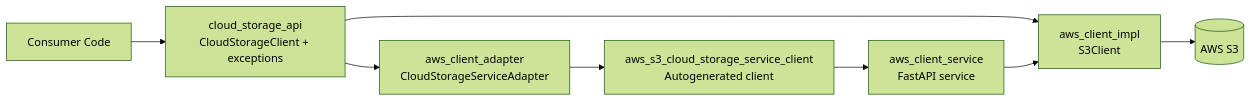
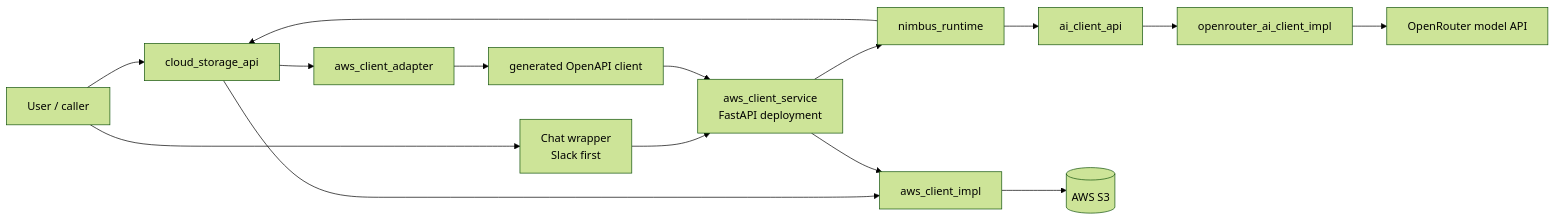
Before and after one commit to 2SpaceMasterRace/nimbus: the first of 3 diagrams in DESIGN.md, drawn with Mermaid (forest theme). The commit also changed other lines of this file and 218 other files, not shown here.

````diff
--- a/DESIGN.md
+++ b/DESIGN.md
@@ -33,18 +70,30 @@
 ```mermaid
 flowchart LR
-    User[Consumer Code]
-    API[cloud_storage_api\nCloudStorageClient + exceptions]
-    Local[aws_client_impl\nS3Client]
-    Adapter[aws_client_adapter\nCloudStorageServiceAdapter]
-    Generated[aws_s3_cloud_storage_service_client\nAutogenerated client]
-    Service[aws_client_service\nFastAPI service]
-    S3[(AWS S3)]
+    User["User / caller"]
+    Chat["Chat wrapper<br/>Slack first"]
+    Service["aws_client_service<br/>FastAPI deployment"]
+    StorageAPI["cloud_storage_api"]
+    AIAPI["ai_client_api"]
+    Runtime["nimbus_runtime"]
+    Adapter["aws_client_adapter"]
+    Generated["generated OpenAPI client"]
+    S3Impl["aws_client_impl"]
+    OpenRouter["openrouter_ai_client_impl"]
+    S3[("AWS S3")]
+    Model["OpenRouter model API"]
 
-    User --> API
-    API --> Local
-    API --> Adapter
+    User --> StorageAPI
+    User --> Chat
+    Chat --> Service
+    Service --> Runtime
+    Runtime --> AIAPI
+    AIAPI --> OpenRouter
+    OpenRouter --> Model
+    Runtime --> StorageAPI
+    StorageAPI --> S3Impl
+    StorageAPI --> Adapter
     Adapter --> Generated
     Generated --> Service
-    Service --> Local
-    Local --> S3
+    Service --> S3Impl
+    S3Impl --> S3
 ```
````
